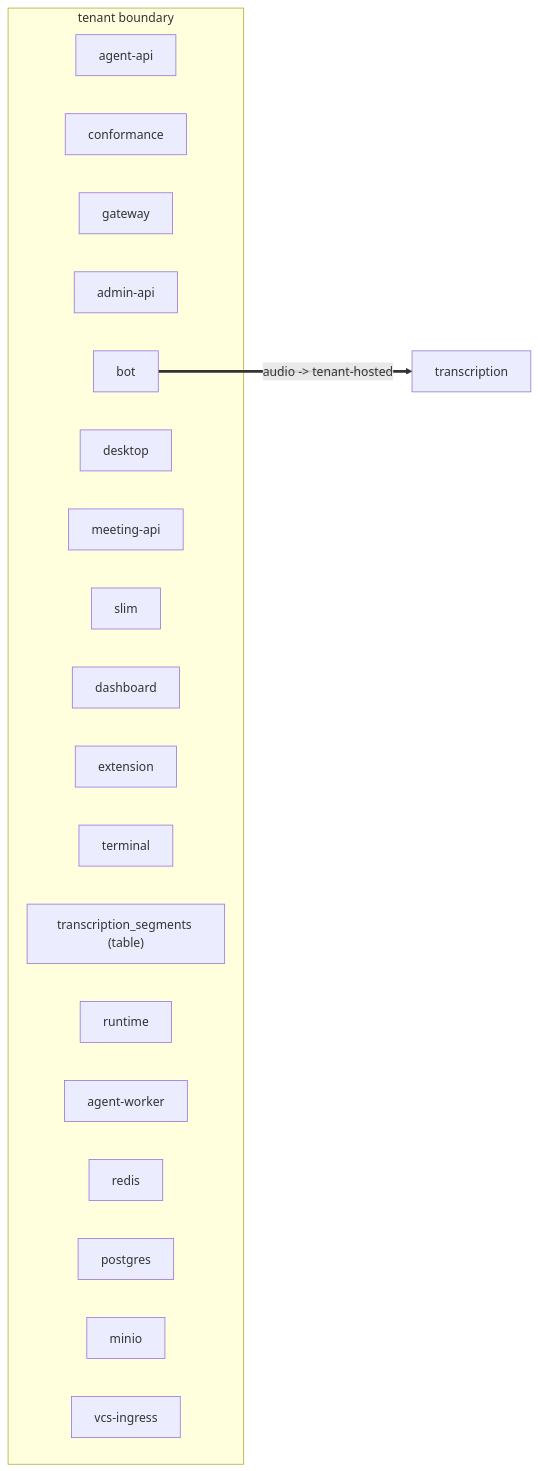
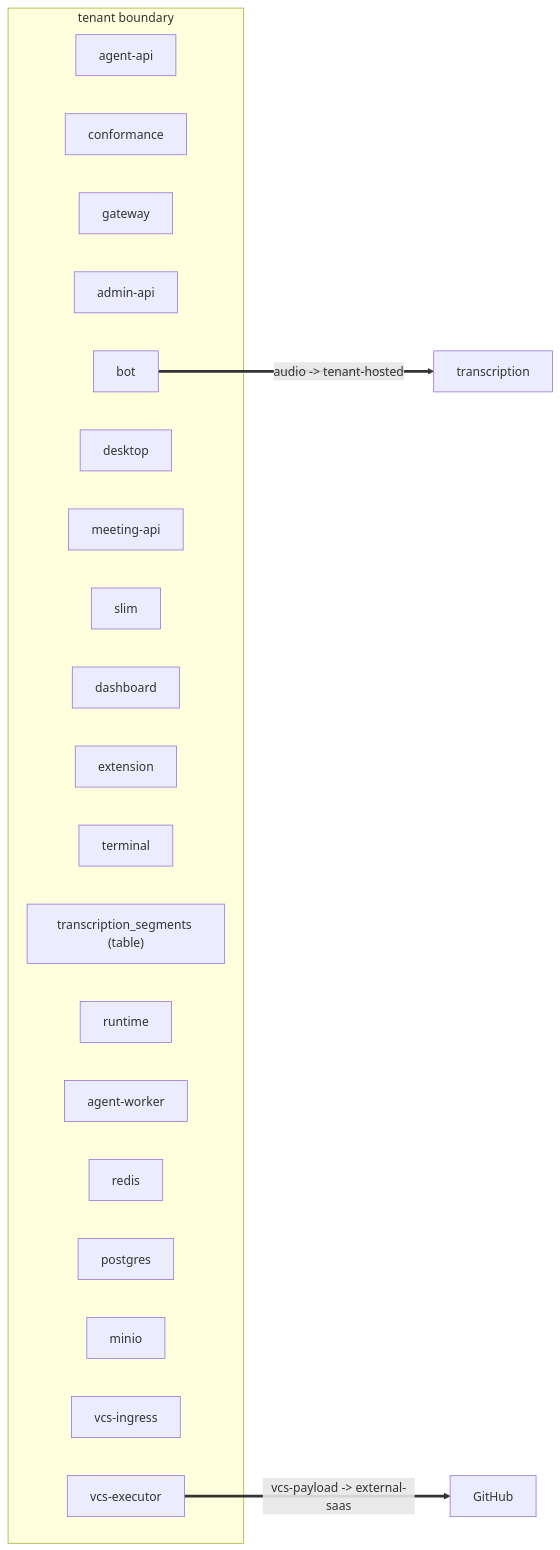
One commit to DmitriyG228/vexa changed the diagram in docs/views/egress.mmd. Above: the diagram before and after it, drawn with Mermaid. The commit also changed 36 other files, not shown here.

```diff
--- a/docs/views/egress.mmd
+++ b/docs/views/egress.mmd
@@ -1,24 +1,27 @@
 %% GENERATED — pnpm arch:dsl --write
 flowchart LR
   subgraph tenant["tenant boundary"]
     agent_api["agent-api"]
     conformance["conformance"]
     gateway["gateway"]
     admin_api["admin-api"]
     bot["bot"]
     desktop["desktop"]
     meeting_api["meeting-api"]
     slim["slim"]
     dashboard["dashboard"]
     extension["extension"]
     terminal["terminal"]
     segments_table["transcription_segments (table)"]
     runtime["runtime"]
     agent_worker["agent-worker"]
     redis["redis"]
     postgres["postgres"]
     minio["minio"]
     vcs_ingress["vcs-ingress"]
+    vcs_executor["vcs-executor"]
   end
   transcription["transcription"]
   bot ==>|"audio -> tenant-hosted"| transcription
+  github["GitHub"]
+  vcs_executor ==>|"vcs-payload -> external-saas"| github
```
